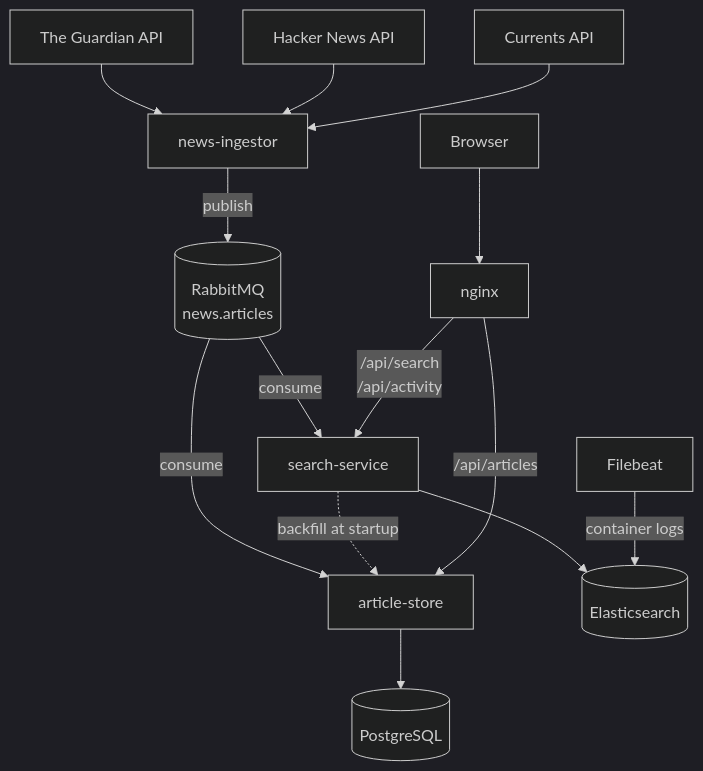
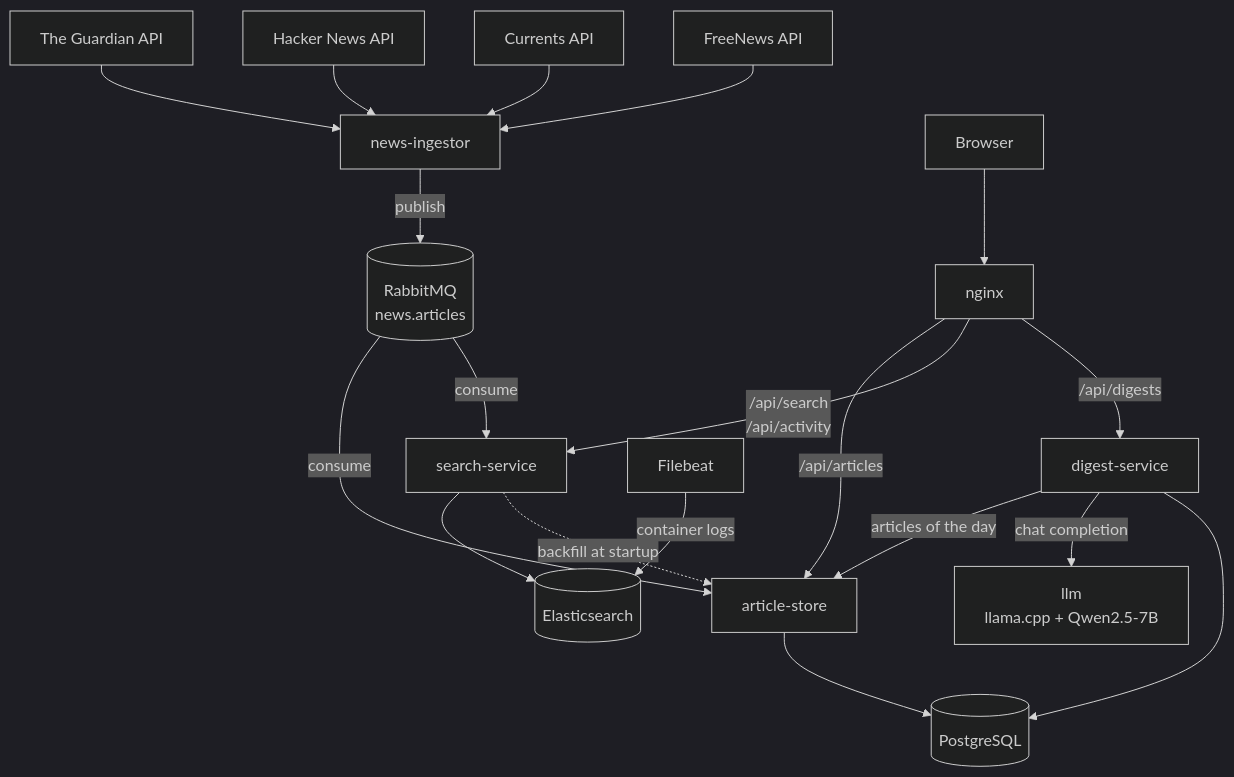
Before and after one commit to IliasIosifidis/Forest-News: the diagram in README.md, drawn with Mermaid (dark theme). The commit also changed other lines of this file and 1 other file, not shown here.

Commit message:
update README.md, pin llm version

````diff
--- a/README.md
+++ b/README.md
@@ -15,16 +19,21 @@
 ```mermaid
 flowchart TD
     G[The Guardian API] --> I[news-ingestor]
     H[Hacker News API] --> I
     C[Currents API] --> I
+    FN[FreeNews API] --> I
     I -->|publish| R[(RabbitMQ<br/>news.articles)]
     R -->|consume| A[article-store]
     R -->|consume| S[search-service]
     A --> P[(PostgreSQL)]
     S --> E[(Elasticsearch)]
     S -.->|backfill at startup| A
+    D[digest-service] -->|articles of the day| A
+    D -->|chat completion| L[llm<br/>llama.cpp + Qwen2.5-7B]
+    D --> P
     B[Browser] --> N[nginx]
     N -->|/api/articles| A
     N -->|/api/search<br/>/api/activity| S
+    N -->|/api/digests| D
     F[Filebeat] -->|container logs| E
 ```
````
